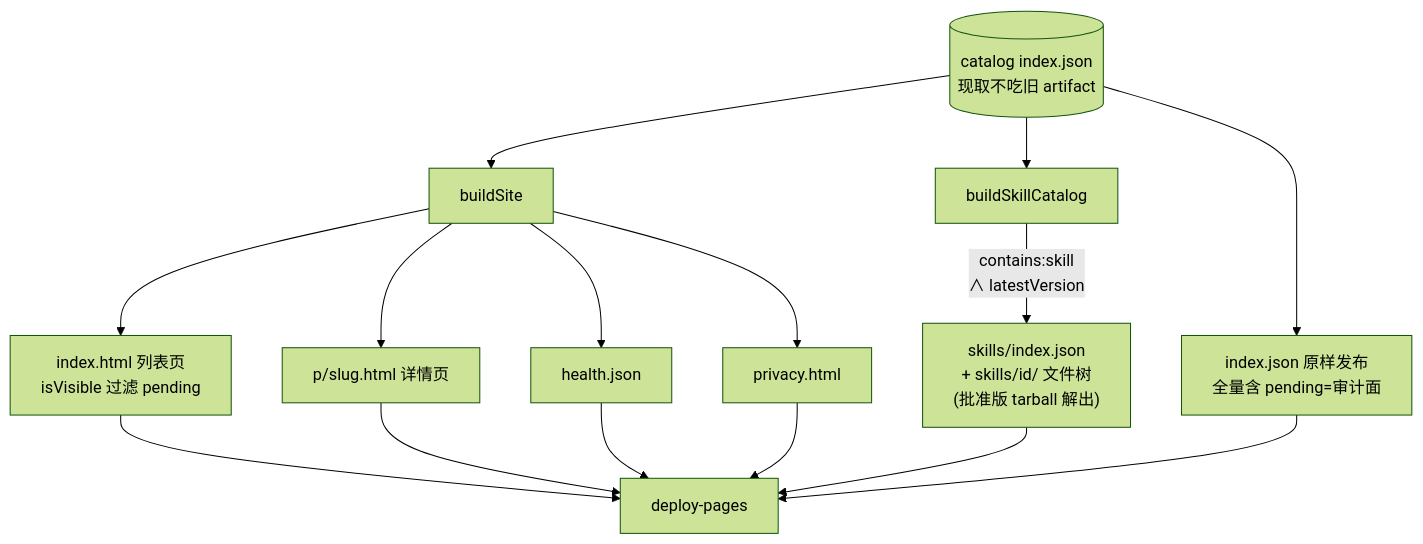
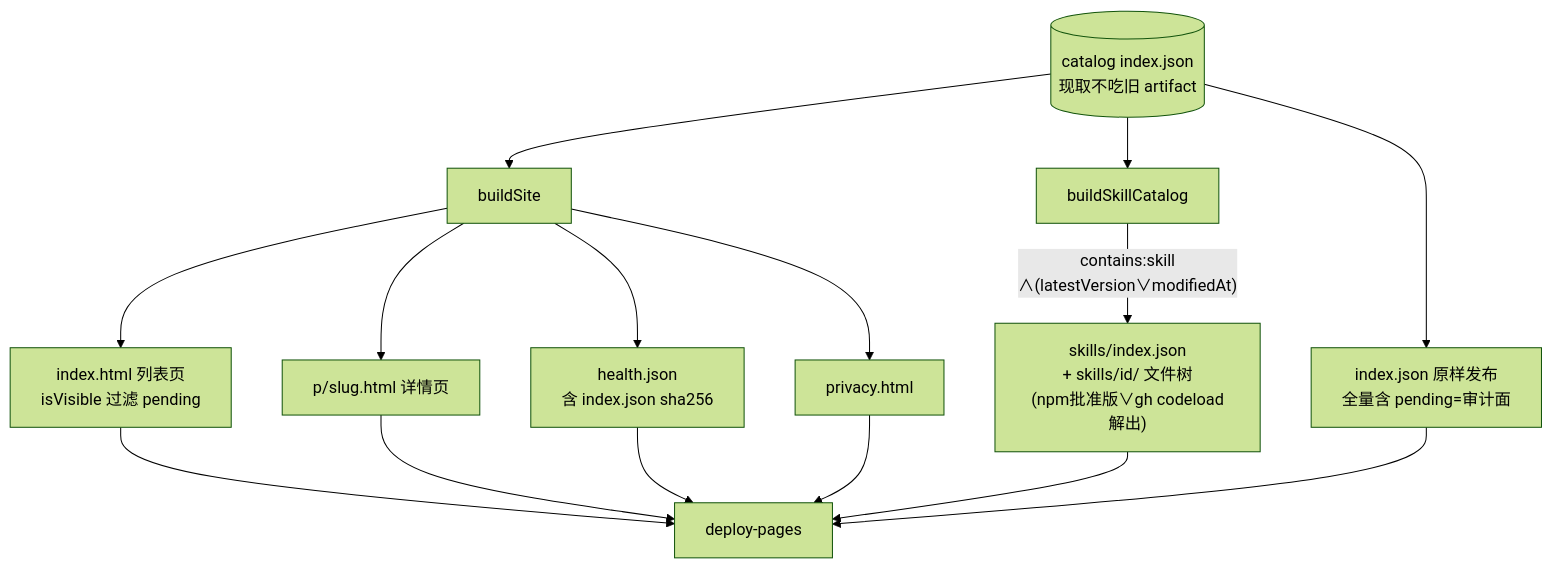
One commit to awesome-market/awesome-opencode-market changed the tenth of 11 diagrams in docs/DATA-FLOWS.md. Above: the diagram before and after it, drawn with Mermaid (forest theme). The commit also changed other lines of this file and 21 other files, not shown here.

````diff
--- a/docs/DATA-FLOWS.md
+++ b/docs/DATA-FLOWS.md
@@ -582,12 +582,12 @@
 ```mermaid
 flowchart TB
   IDX[("catalog index.json<br/>现取不吃旧 artifact")] --> BS["buildSite"]
   IDX --> BSK["buildSkillCatalog"]
   BS --> P1["index.html 列表页<br/>isVisible 过滤 pending"]
   BS --> P2["p/slug.html 详情页"]
-  BS --> P3["health.json"]
+  BS --> P3["health.json<br/>含 index.json sha256"]
   BS --> P4["privacy.html"]
-  BSK -->|"contains:skill<br/>∧ latestVersion"| SK["skills/index.json<br/>+ skills/id/ 文件树<br/>(批准版 tarball 解出)"]
+  BSK -->|"contains:skill<br/>∧(latestVersion∨modifiedAt)"| SK["skills/index.json<br/>+ skills/id/ 文件树<br/>(npm批准版∨gh codeload解出)"]
   IDX --> CP["index.json 原样发布<br/>全量含 pending=审计面"]
   P1 & P2 & P3 & P4 & SK & CP --> PG["deploy-pages"]
 ```
````
